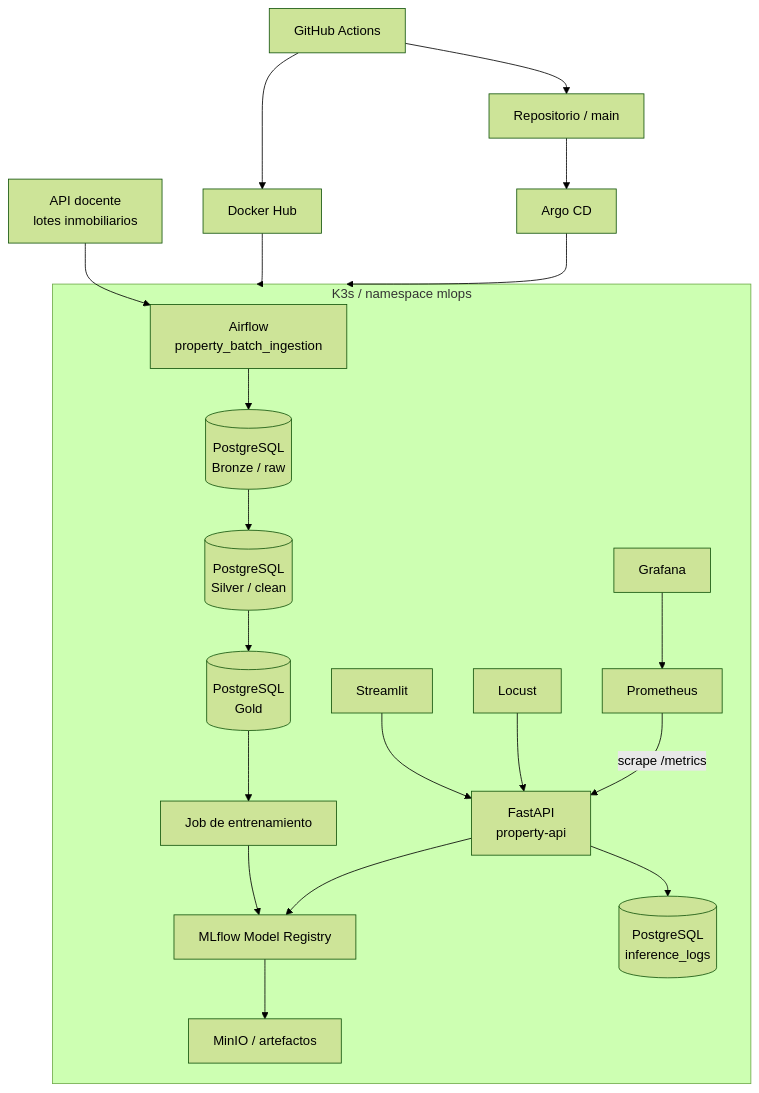
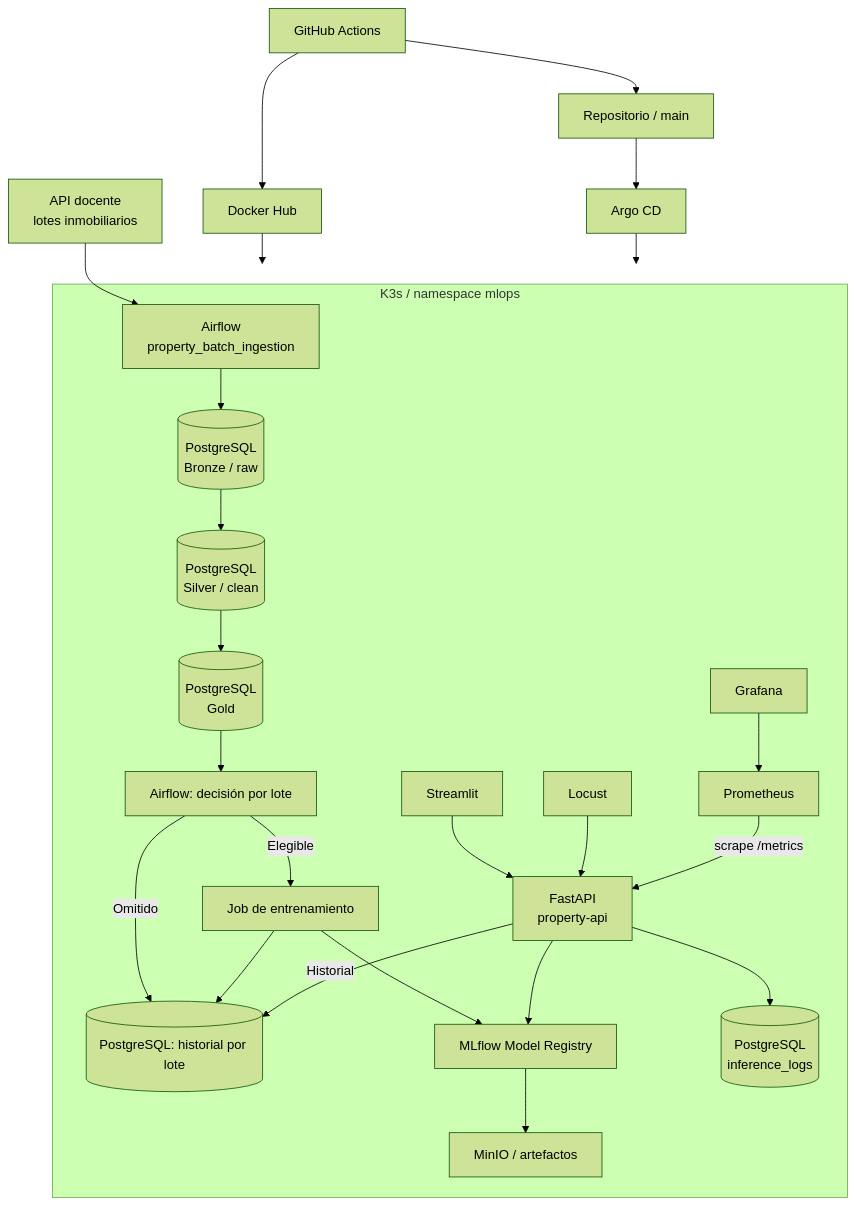
One commit to daC0rtes/mlops-end-to-ent changed the diagram in README.md. Above: the diagram before and after it, drawn with Mermaid (forest theme). The commit also changed other lines of this file and 4 other files, not shown here.

````diff
--- a/README.md
+++ b/README.md
@@ -30,26 +31,30 @@
 ```mermaid
 flowchart TB
     SRC[API docente<br/>lotes inmobiliarios] --> AF[Airflow<br/>property_batch_ingestion]
 
     subgraph K3S[K3s / namespace mlops]
         AF --> BR[(PostgreSQL<br/>Bronze / raw)]
         BR --> SI[(PostgreSQL<br/>Silver / clean)]
         SI --> GO[(PostgreSQL<br/>Gold)]
-        GO --> TR[Job de entrenamiento]
+        GO --> DEC[Airflow: decisión por lote]
+        DEC -->|Elegible| TR[Job de entrenamiento]
+        DEC -->|Omitido| HIST[(PostgreSQL: historial por lote)]
+        TR --> HIST
         TR --> MLF[MLflow Model Registry]
         MLF --> MINIO[MinIO / artefactos]
 
         API[FastAPI<br/>property-api] --> MLF
         API --> LOGS[(PostgreSQL<br/>inference_logs)]
         ST[Streamlit] --> API
+        API -->|Historial| HIST
         LOC[Locust] --> API
         PROM[Prometheus] -->|scrape /metrics| API
         GRAF[Grafana] --> PROM
     end
 
     GH[GitHub Actions] --> DH[Docker Hub]
     DH --> K3S
     GH --> GIT[Repositorio / main]
     GIT --> ARGO[Argo CD]
     ARGO --> K3S
 ```
````
